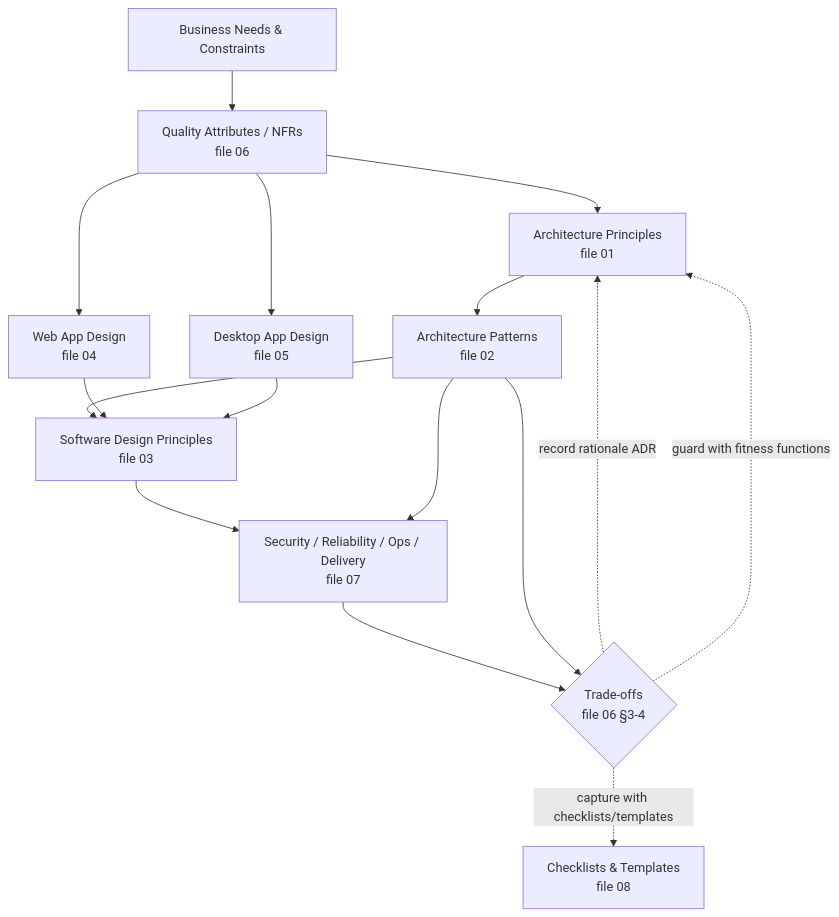
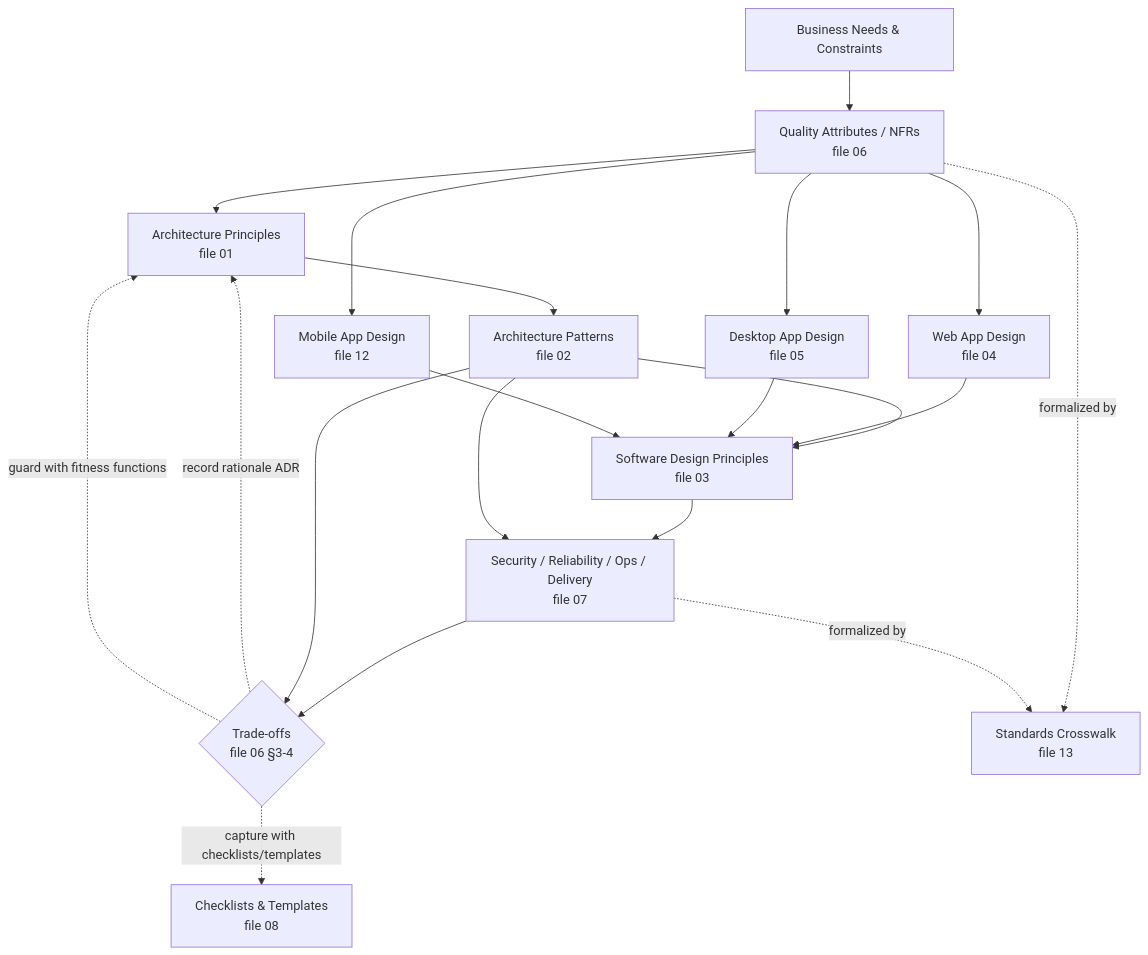
One commit to dariusz-klibisz/Design changed the diagram in 00-index.md. Above: the diagram before and after it, drawn with Mermaid. The commit also changed other lines of this file and 14 other files, not shown here.

````diff
--- a/00-index.md
+++ b/00-index.md
@@ -161,18 +181,22 @@
 ```mermaid
 flowchart TB
   BIZ[Business Needs & Constraints] --> QA[Quality Attributes / NFRs<br/>file 06]
   QA --> PRIN[Architecture Principles<br/>file 01]
   PRIN --> PAT[Architecture Patterns<br/>file 02]
   QA --> WEB[Web App Design<br/>file 04]
   QA --> DESK[Desktop App Design<br/>file 05]
+  QA --> MOB[Mobile App Design<br/>file 12]
   PAT --> CODE[Software Design Principles<br/>file 03]
   WEB --> CODE
   DESK --> CODE
+  MOB --> CODE
   CODE --> OPS[Security / Reliability / Ops / Delivery<br/>file 07]
   PAT --> OPS
   OPS --> TRADE{Trade-offs<br/>file 06 §3-4}
   PAT --> TRADE
   TRADE -.->|record rationale ADR| PRIN
   TRADE -.->|guard with fitness functions| PRIN
   TRADE -.->|capture with checklists/templates| TMPL[Checklists & Templates<br/>file 08]
+  QA -.->|formalized by| STD[Standards Crosswalk<br/>file 13]
+  OPS -.->|formalized by| STD
 ```
````
